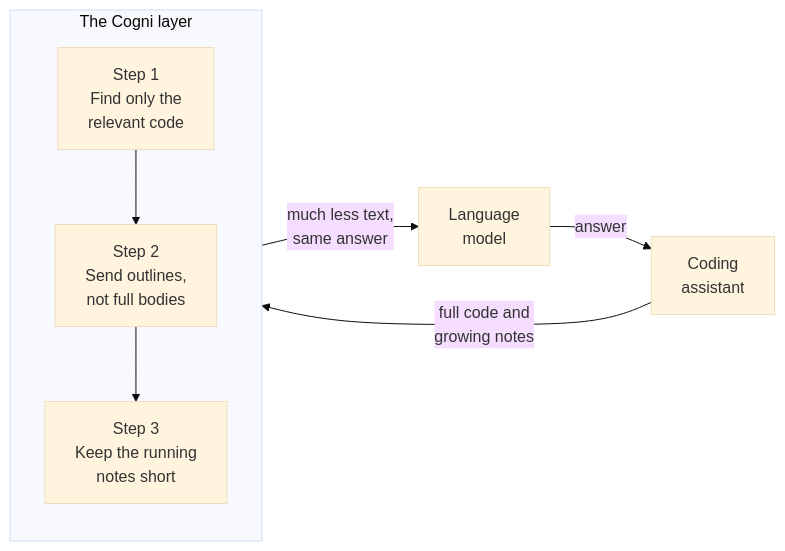
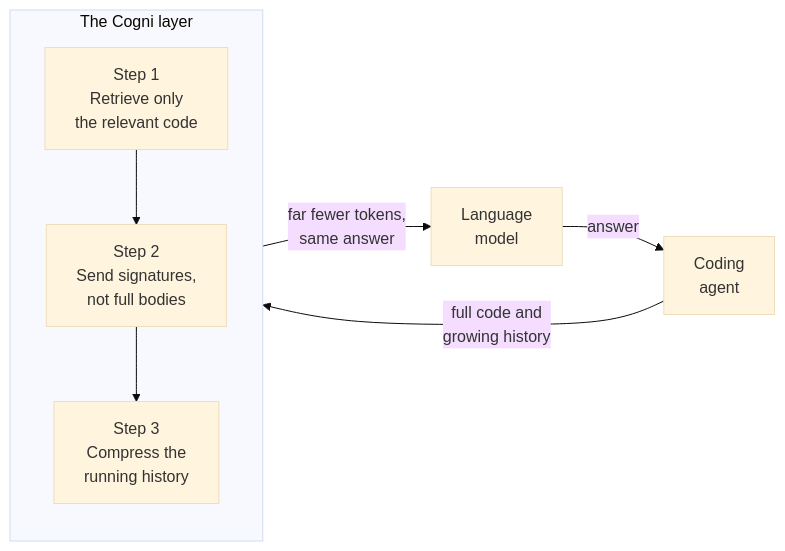
One commit to islamborghini/cogni2 changed the diagram in docs/how-it-works.md. Above: the diagram before and after it, drawn with Mermaid (base theme). The commit also changed other lines of this file, not shown here.

````diff
--- a/docs/how-it-works.md
+++ b/docs/how-it-works.md
@@ -9,14 +7,14 @@
 ```mermaid
 flowchart LR
-    A["Coding<br/>assistant"]
-    A -->|"full code and<br/>growing notes"| C
+    A["Coding<br/>agent"]
+    A -->|"full code and<br/>growing history"| C
     subgraph C [The Cogni layer]
       direction TB
-      S1["Step 1<br/>Find only the<br/>relevant code"]
-      S2["Step 2<br/>Send outlines,<br/>not full bodies"]
-      S3["Step 3<br/>Keep the running<br/>notes short"]
+      S1["Step 1<br/>Retrieve only<br/>the relevant code"]
+      S2["Step 2<br/>Send signatures,<br/>not full bodies"]
+      S3["Step 3<br/>Compress the<br/>running history"]
       S1 --> S2 --> S3
     end
-    C -->|"much less text,<br/>same answer"| M["Language<br/>model"]
+    C -->|"far fewer tokens,<br/>same answer"| M["Language<br/>model"]
     M -->|"answer"| A
 ```
````
